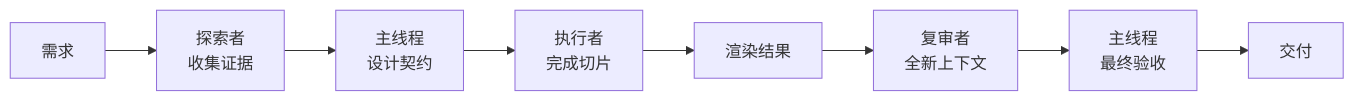
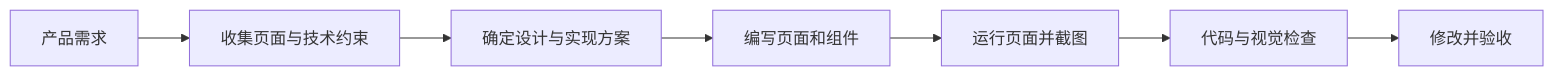
Before and after one commit to CHANG7MING/SevenDesign: the diagram in README.md, drawn with Mermaid. The commit also changed other lines of this file and 4 other files, not shown here.

````diff
--- a/README.md
+++ b/README.md
@@ -66,10 +67,9 @@
 ```mermaid
 flowchart LR
-  A[需求] --> B[探索者\n收集证据]
-  B --> C[主线程\n设计契约]
-  C --> D[执行者\n完成切片]
-  D --> E[渲染结果]
-  E --> F[复审者\n全新上下文]
-  F --> G[主线程\n最终验收]
-  G --> H[交付]
+  A[产品需求] --> B[收集页面与技术约束]
+  B --> C[确定设计与实现方案]
+  C --> D[编写页面和组件]
+  D --> E[运行页面并截图]
+  E --> F[代码与视觉检查]
+  F --> G[修改并验收]
 ```
````
